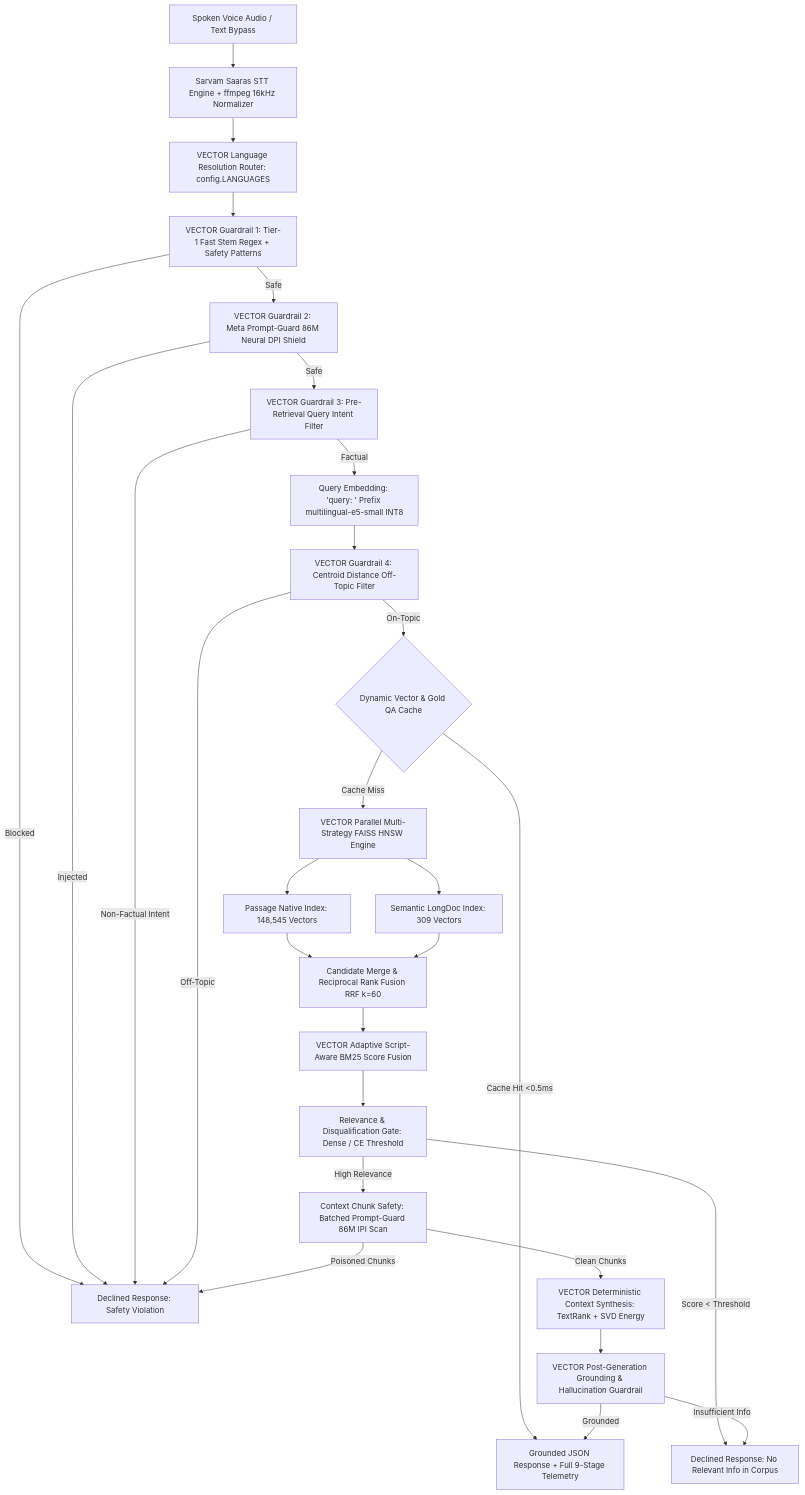
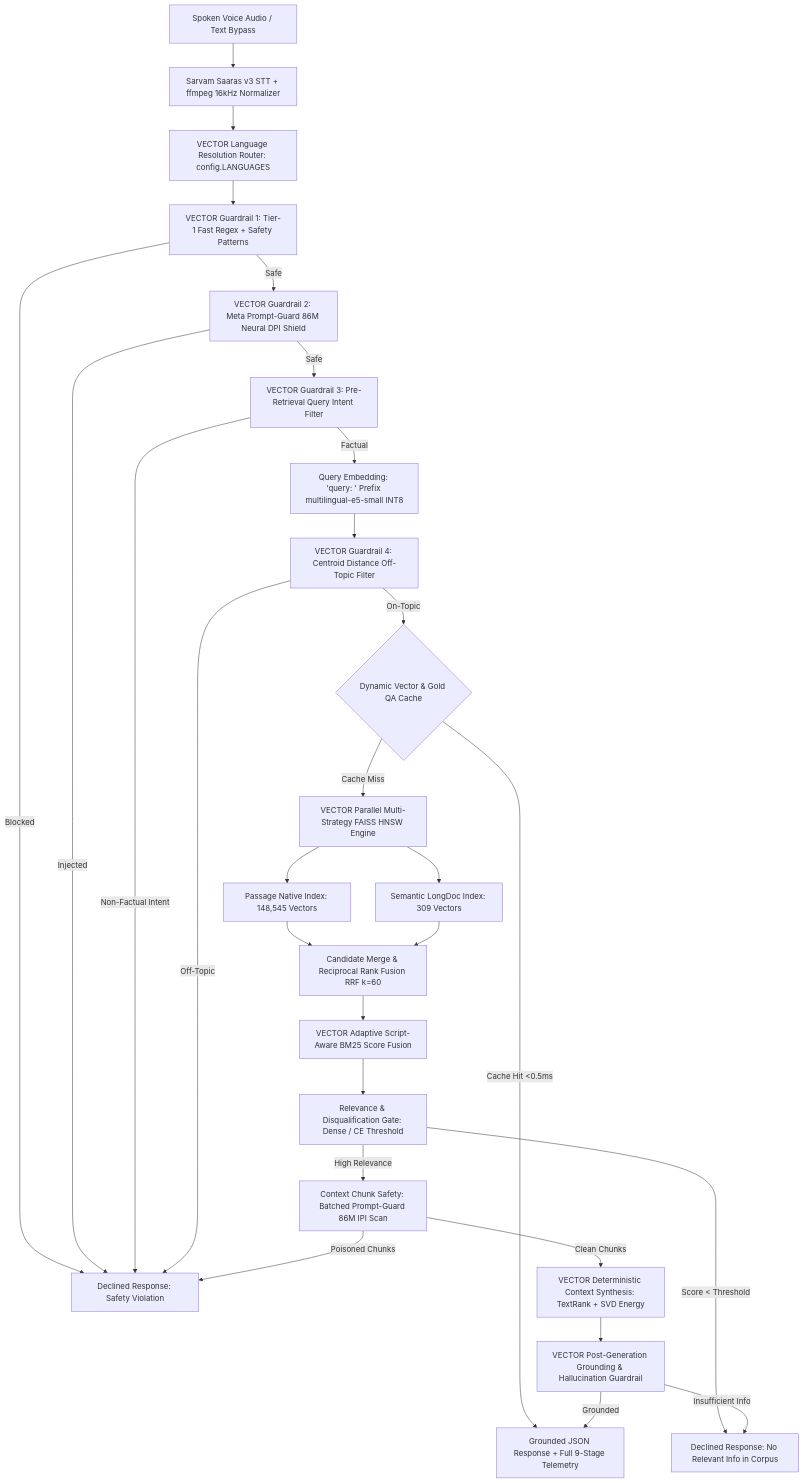
Before and after one commit to Rishikvelagapudi/VisionQuest: the diagram in README.md, drawn with Mermaid. The commit also changed other lines of this file, not shown here.

````diff
--- a/README.md
+++ b/README.md
@@ -49,30 +49,30 @@
 ```mermaid
 graph TD
-    A[Spoken Voice Audio / Text Bypass] --> B[Sarvam Saaras STT Engine + ffmpeg 16kHz Normalizer]
+    A[Spoken Voice Audio / Text Bypass] --> B[Sarvam Saaras v3 STT + ffmpeg 16kHz Normalizer]
     B --> C[VECTOR Language Resolution Router: config.LANGUAGES]
-    C --> D[VECTOR Guardrail 1: Tier-1 Fast Stem Regex + Safety Patterns]
+    C --> D[VECTOR Guardrail 1: Tier-1 Fast Regex + Safety Patterns]
     D -- Safe --> PG[VECTOR Guardrail 2: Meta Prompt-Guard 86M Neural DPI Shield]
     D -- Blocked --> X[Declined Response: Safety Violation]
     PG -- Safe --> IF[VECTOR Guardrail 3: Pre-Retrieval Query Intent Filter]
     PG -- Injected --> X
     IF -- Factual --> E[Query Embedding: 'query: ' Prefix multilingual-e5-small INT8]
     IF -- Non-Factual Intent --> X
     E --> F[VECTOR Guardrail 4: Centroid Distance Off-Topic Filter]
     F -- Off-Topic --> X
     F -- On-Topic --> CACHE{Dynamic Vector & Gold QA Cache}
     CACHE -- Cache Hit <0.5ms --> N[Grounded Response + Zero-Latency Fast Path]
     CACHE -- Cache Miss --> G[VECTOR Parallel Multi-Strategy FAISS HNSW Engine]
     G --> H1[Passage Native Index: 148,545 Vectors]
     G --> H2[Semantic LongDoc Index: 309 Vectors]
     H1 --> I[Candidate Merge & Reciprocal Rank Fusion RRF k=60]
     H2 --> I
     I --> J[VECTOR Adaptive Script-Aware BM25 Score Fusion]
     J --> K[Relevance & Disqualification Gate: Dense / CE Threshold]
     K -- Score < Threshold --> Y[Declined Response: No Relevant Info in Corpus]
     K -- High Relevance --> CS[Context Chunk Safety: Batched Prompt-Guard 86M IPI Scan]
     CS -- Poisoned Chunks --> X
     CS -- Clean Chunks --> L[VECTOR Deterministic Context Synthesis: TextRank + SVD Energy]
     L --> M[VECTOR Post-Generation Grounding & Hallucination Guardrail]
     M -- Grounded --> N[Grounded JSON Response + Full 9-Stage Telemetry]
     M -- Insufficient Info --> Y
 ```
````
